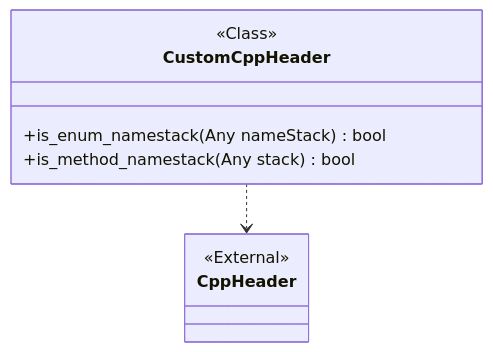
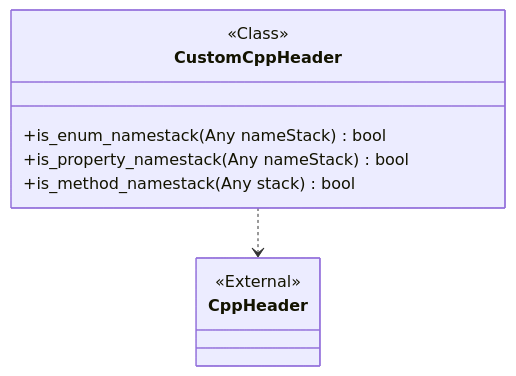
The diagram in docs/source/code/diagrams/pycodeanalyzer_core_languages_analyzers_cppanalyzer_CustomCppHeader.mmd (miong/pycodeanalyzer), drawn with Mermaid before and after one commit. The commit also changed 7 other files, not shown here.

```diff
--- a/docs/source/code/diagrams/pycodeanalyzer_core_languages_analyzers_cppanalyzer_CustomCppHeader.mmd
+++ b/docs/source/code/diagrams/pycodeanalyzer_core_languages_analyzers_cppanalyzer_CustomCppHeader.mmd
@@ -1,9 +1,10 @@
 classDiagram
 class CustomCppHeader {
 <<Class>>
 +is_enum_namestack(Any nameStack) bool
++is_property_namestack(Any nameStack) bool
 +is_method_namestack(Any stack) bool
 }
 class CppHeader
 <<External>> CppHeader
 CustomCppHeader ..> CppHeader
```
